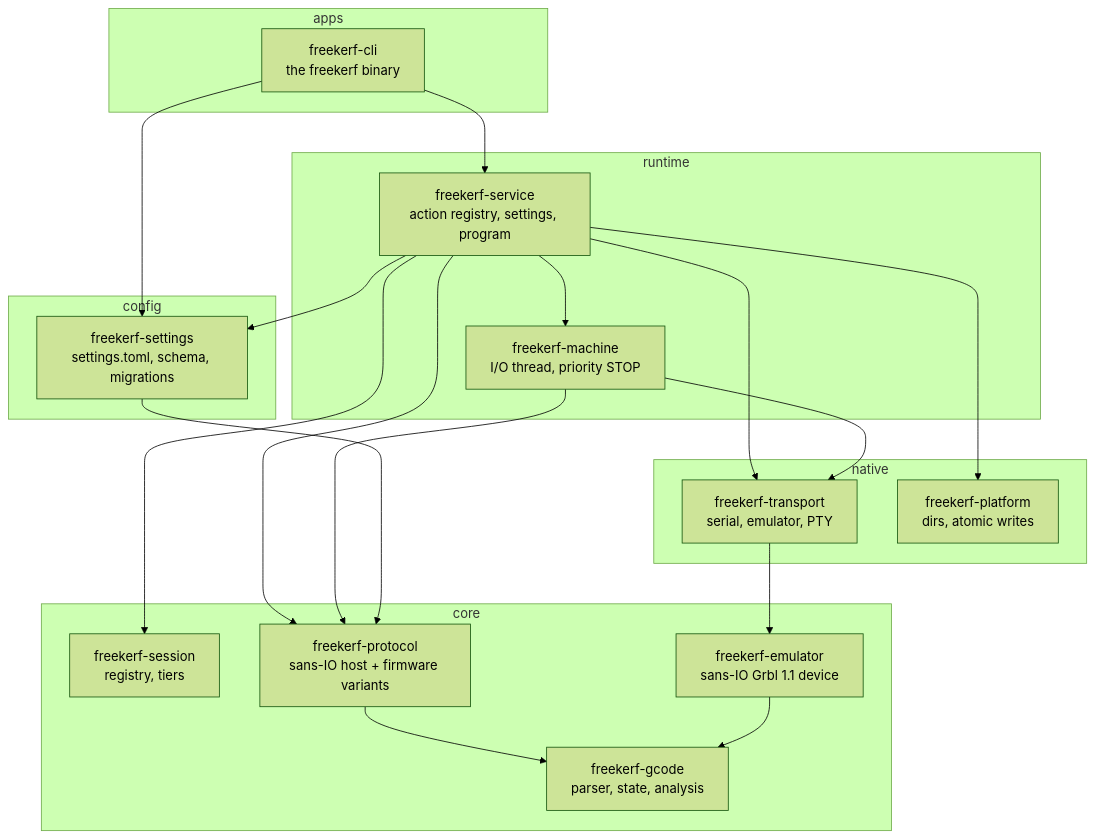
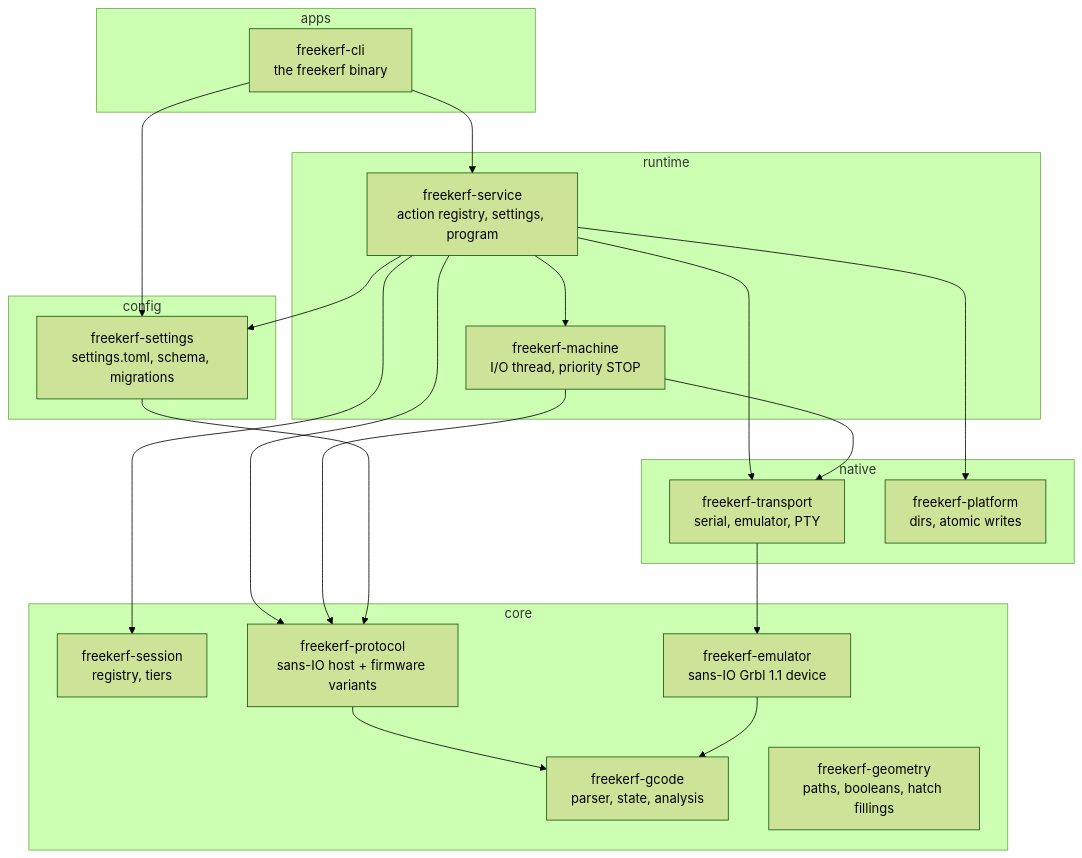
Before and after one commit to bochpsico-lang/freekerf: the first of 2 diagrams in doc/architecture.md, drawn with Mermaid (forest theme). The commit also changed other lines of this file and 27 other files, not shown here.

First line of the commit message:
Add freekerf-geometry: paths, transforms, booleans and a Clipper 6.4.2 port

````diff
--- a/doc/architecture.md
+++ b/doc/architecture.md
@@ -9,37 +9,38 @@
 ```mermaid
 flowchart TB
   subgraph apps
     cli[freekerf-cli<br/>the freekerf binary]
   end
   subgraph runtime
     service[freekerf-service<br/>action registry, settings, program]
     machine[freekerf-machine<br/>I/O thread, priority STOP]
   end
   subgraph native
     transport[freekerf-transport<br/>serial, emulator, PTY]
     platform[freekerf-platform<br/>dirs, atomic writes]
   end
   subgraph config
     settings[freekerf-settings<br/>settings.toml, schema, migrations]
   end
   subgraph core
     session[freekerf-session<br/>registry, tiers]
     protocol[freekerf-protocol<br/>sans-IO host + firmware variants]
     gcode[freekerf-gcode<br/>parser, state, analysis]
     emulator[freekerf-emulator<br/>sans-IO Grbl 1.1 device]
+    geometry[freekerf-geometry<br/>paths, booleans, hatch fillings]
   end
   cli --> service
   cli --> settings
   service --> machine
   service --> transport
   service --> platform
   service --> settings
   service --> session
   service --> protocol
   machine --> protocol
   machine --> transport
   transport --> emulator
   settings --> protocol
   protocol --> gcode
   emulator --> gcode
 ```
````
